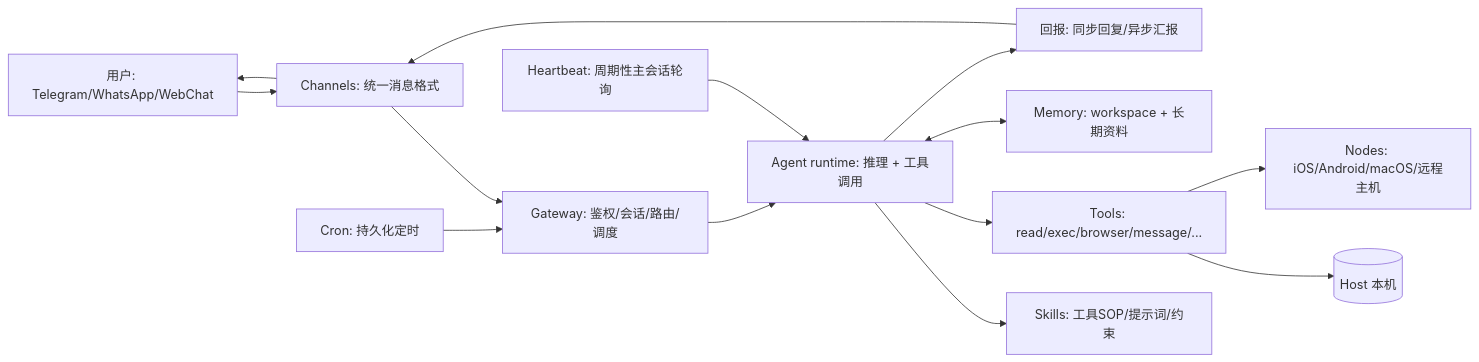
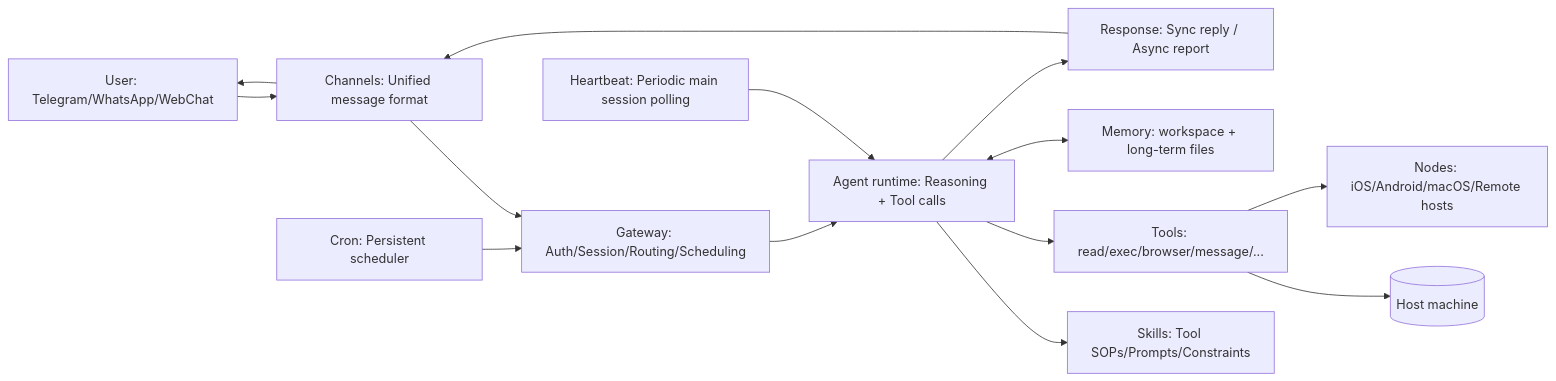
Before and after one commit to heyuan110/heyuan110.github.io: the diagram in content/posts/ai/2026-02-14-openclaw-architecture-deep-dive/index.md, drawn with Mermaid. The commit also changed other lines of this file and 232 other files, not shown here.

````diff
--- a/content/posts/ai/2026-02-14-openclaw-architecture-deep-dive/index.md
+++ b/content/posts/ai/2026-02-14-openclaw-architecture-deep-dive/index.md
@@ -44,20 +44,20 @@
 ```mermaid
 flowchart LR
-  U[用户: Telegram/WhatsApp/WebChat] --> C[Channels: 统一消息格式]
-  C --> G[Gateway: 鉴权/会话/路由/调度]
+  U[User: Telegram/WhatsApp/WebChat] --> C[Channels: Unified message format]
+  C --> G[Gateway: Auth/Session/Routing/Scheduling]
 
-  G --> A[Agent runtime: 推理 + 工具调用]
-  A --> S[Skills: 工具SOP/提示词/约束]
+  G --> A[Agent runtime: Reasoning + Tool calls]
+  A --> S[Skills: Tool SOPs/Prompts/Constraints]
 
   A --> T[Tools: read/exec/browser/message/...]
-  T --> H[(Host 本机)]
-  T --> N[Nodes: iOS/Android/macOS/远程主机]
+  T --> H[(Host machine)]
+  T --> N[Nodes: iOS/Android/macOS/Remote hosts]
 
-  A <--> M[Memory: workspace + 长期资料]
+  A <--> M[Memory: workspace + long-term files]
 
-  CR[Cron: 持久化定时] --> G
-  HB[Heartbeat: 周期性主会话轮询] --> A
+  CR[Cron: Persistent scheduler] --> G
+  HB[Heartbeat: Periodic main session polling] --> A
 
-  A --> R[回报: 同步回复/异步汇报]
+  A --> R[Response: Sync reply / Async report]
   R --> C --> U
 ```
````
